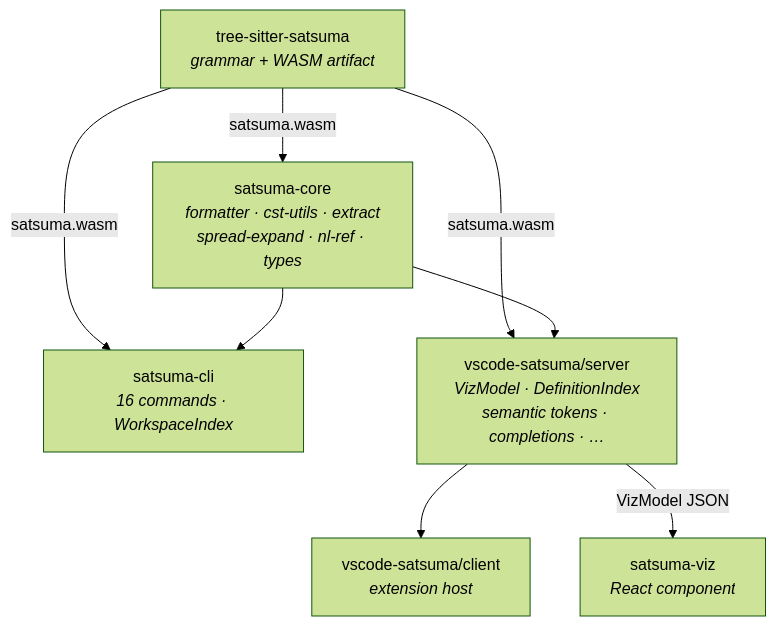
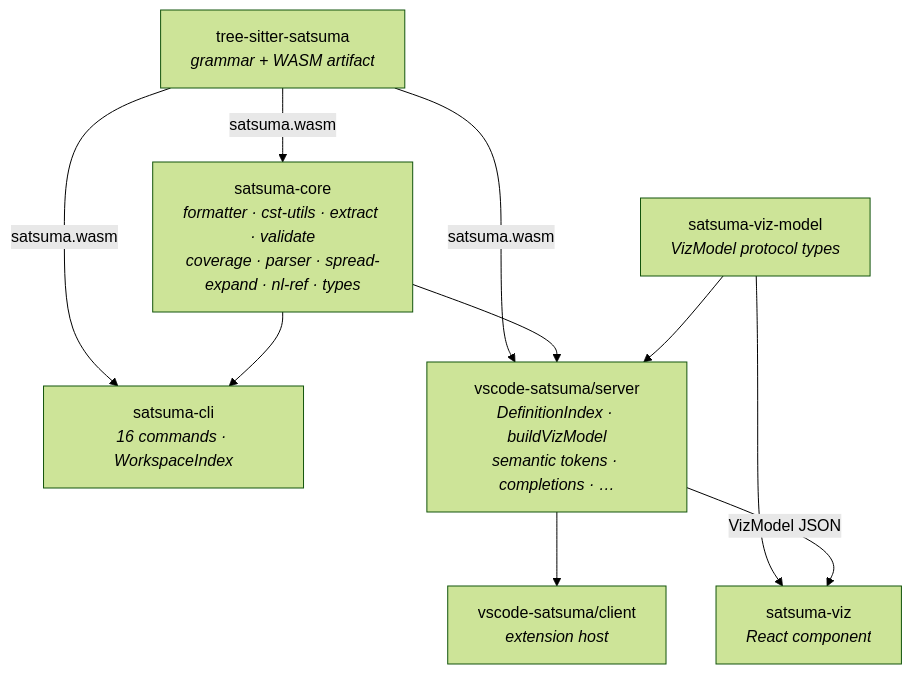
One commit to thorbenlouw/satsuma-lang changed the first of 4 diagrams in ARCHITECTURE.md. Above: the diagram before and after it, drawn with Mermaid (forest theme). The commit also changed other lines of this file, not shown here.

First line of the commit message:
docs: update ARCHITECTURE.md for sl-bq7u consolidation changes

````diff
--- a/ARCHITECTURE.md
+++ b/ARCHITECTURE.md
@@ -23,17 +24,20 @@
 ```mermaid
 graph TD
   TS[tree-sitter-satsuma<br/><i>grammar + WASM artifact</i>]
-  CORE[satsuma-core<br/><i>formatter · cst-utils · extract<br/>spread-expand · nl-ref · types</i>]
+  CORE[satsuma-core<br/><i>formatter · cst-utils · extract · validate<br/>coverage · parser · spread-expand · nl-ref · types</i>]
+  VIZM[satsuma-viz-model<br/><i>VizModel protocol types</i>]
   CLI[satsuma-cli<br/><i>16 commands · WorkspaceIndex</i>]
-  LSP[vscode-satsuma/server<br/><i>VizModel · DefinitionIndex<br/>semantic tokens · completions · …</i>]
+  LSP[vscode-satsuma/server<br/><i>DefinitionIndex · buildVizModel<br/>semantic tokens · completions · …</i>]
   EXT[vscode-satsuma/client<br/><i>extension host</i>]
   VIZ[satsuma-viz<br/><i>React component</i>]
 
   TS -- "satsuma.wasm" --> CORE
   TS -- "satsuma.wasm" --> CLI
   TS -- "satsuma.wasm" --> LSP
   CORE --> CLI
   CORE --> LSP
+  VIZM --> LSP
+  VIZM --> VIZ
   LSP --> EXT
   LSP -- "VizModel JSON" --> VIZ
 ```
````
